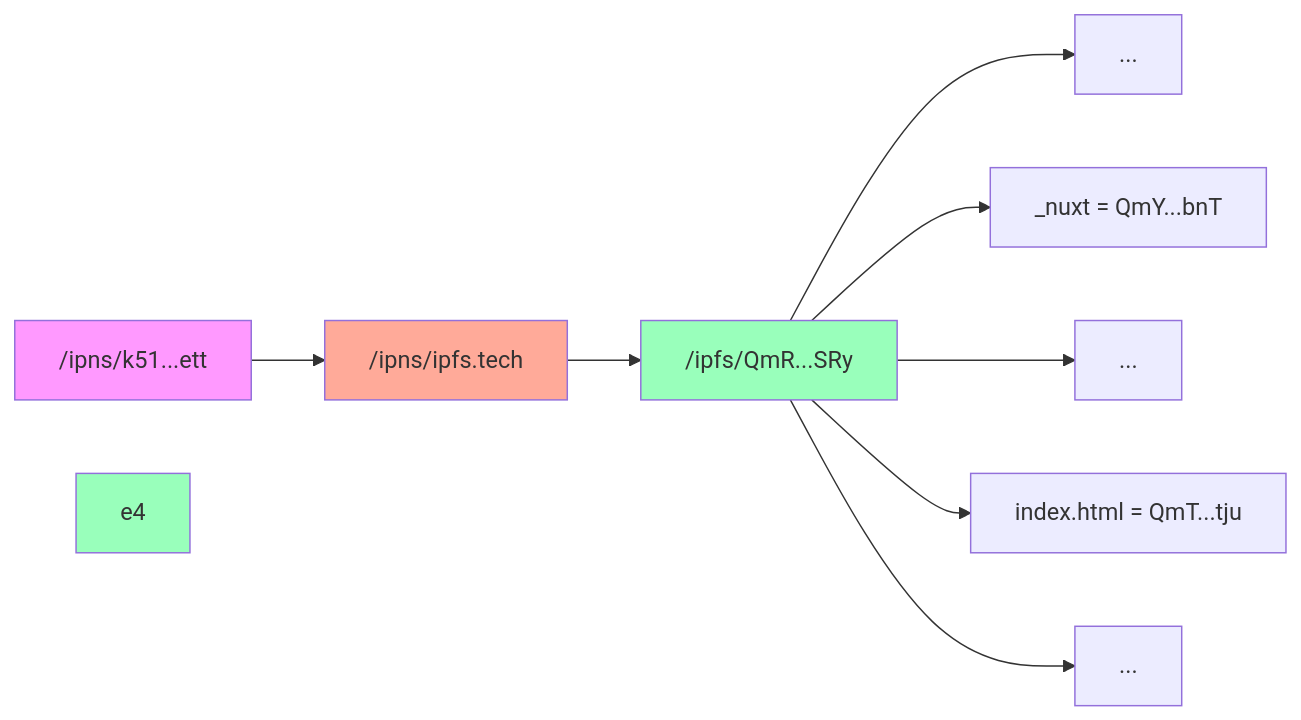
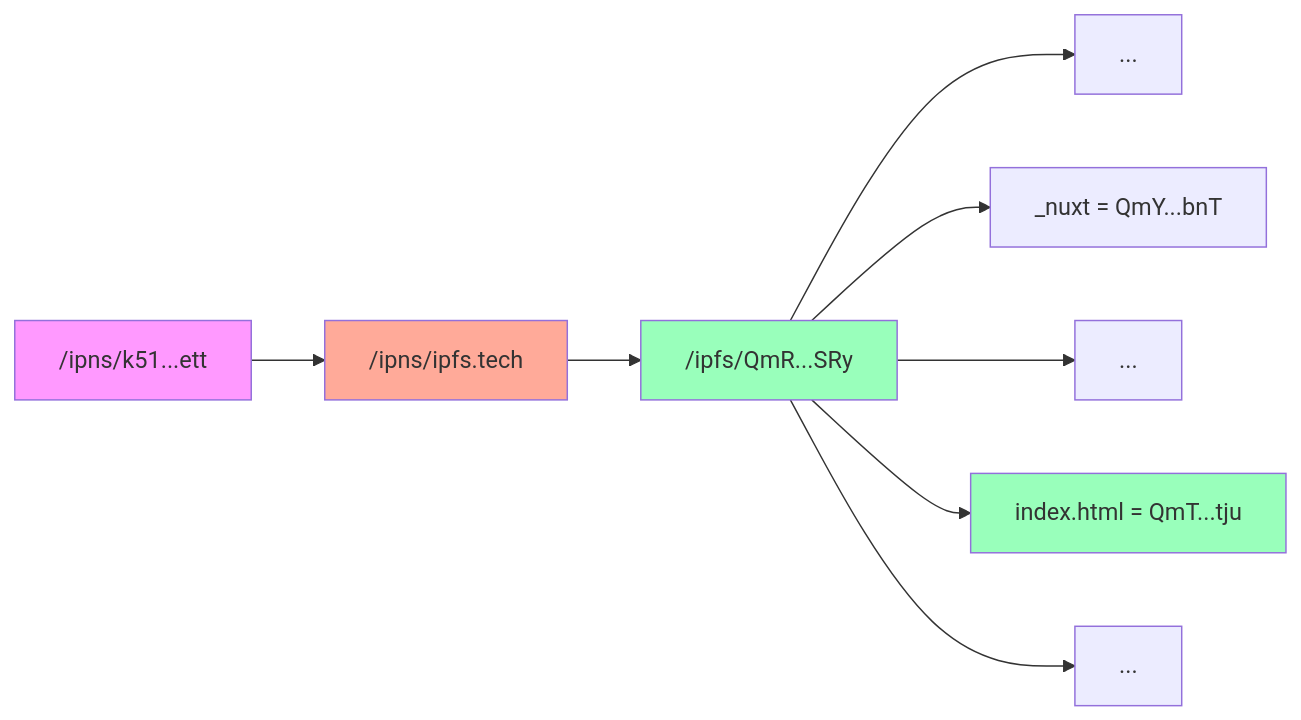
One commit to little-bear-labs/ipfs-chromium changed the sixth of 8 diagrams in doc/slides/blinkon23.md. Above: the diagram before and after it, drawn with Mermaid. The commit also changed other lines of this file and 10 other files, not shown here.

```diff
--- a/doc/slides/blinkon23.md
+++ b/doc/slides/blinkon23.md
@@ -168,14 +210,14 @@
 <div class="mermaid">
 flowchart LR;
     ipns["/ipns/k51...ett"]-->dnsl["/ipns/ipfs.tech"]-->root["/ipfs/QmR...2SRy"]
     style ipns fill:#f9f
     style dnsl fill:#fa9
     root["/ipfs/QmR...SRy"]
     root-->e1["..."]
     root-->nuxt["_nuxt = QmY...bnT"]
     root-->e3["..."]
     root-->index["index.html = QmT...tju"]
     root-->e5["..."]
     style root fill:#9fb
-    style e4 fill:#9fb
+    style index fill:#9fb
 </div>
```
